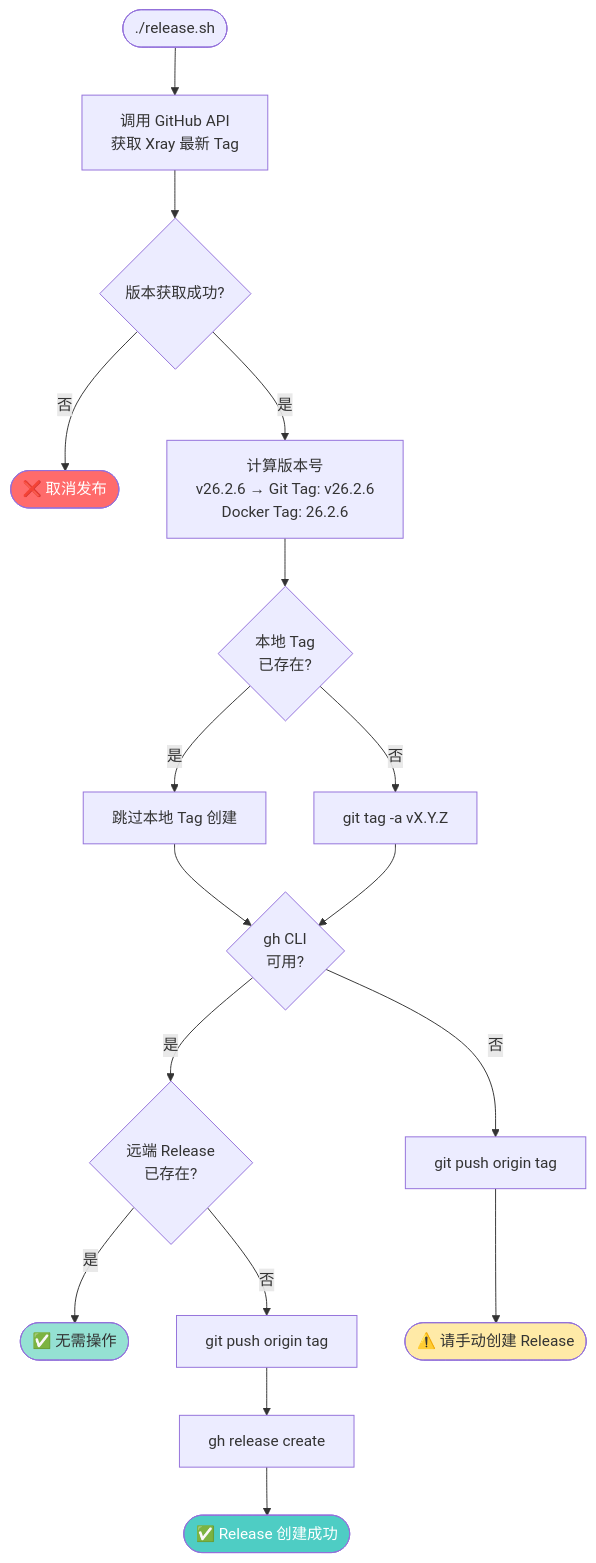
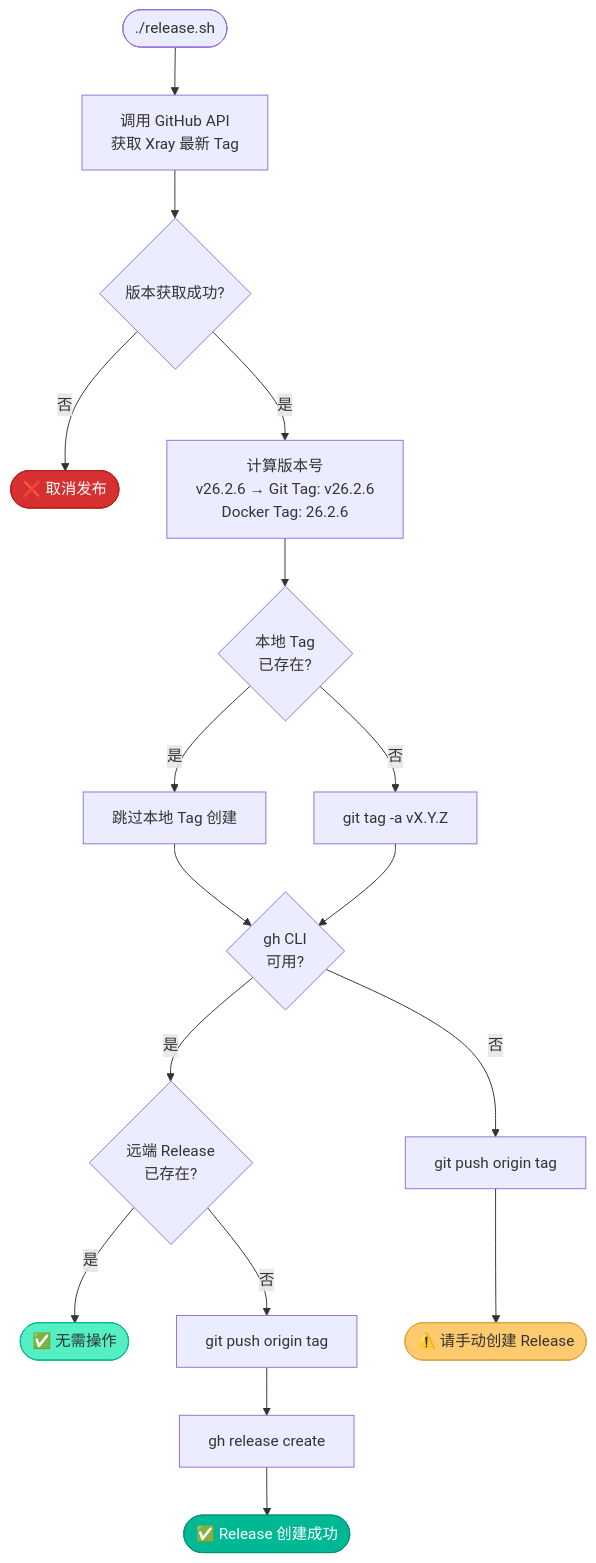
The third of 4 diagrams in docs/05-build-release.md (currycan/sb-xray), drawn with Mermaid before and after one commit. The commit also changed other lines of this file and 5 other files, not shown here.

````diff
--- a/docs/05-build-release.md
+++ b/docs/05-build-release.md
@@ -373,26 +373,26 @@
 ```mermaid
 flowchart TD
     Start(["./release.sh"]) --> Fetch["调用 GitHub API<br/>获取 Xray 最新 Tag"]
     Fetch --> Valid{"版本获取成功?"}
     Valid -- 否 --> Abort(["❌ 取消发布"])
     Valid -- 是 --> CalcTag["计算版本号<br/>v26.2.6 → Git Tag: v26.2.6<br/>Docker Tag: 26.2.6"]
 
     CalcTag --> LocalTag{"本地 Tag<br/>已存在?"}
     LocalTag -- 是 --> SkipTag["跳过本地 Tag 创建"]
     LocalTag -- 否 --> CreateTag["git tag -a vX.Y.Z"]
 
     SkipTag --> GhCli
     CreateTag --> GhCli{"gh CLI<br/>可用?"}
 
     GhCli -- 是 --> RemoteCheck{"远端 Release<br/>已存在?"}
     RemoteCheck -- 是 --> Done(["✅ 无需操作"])
     RemoteCheck -- 否 --> Push1["git push origin tag"] --> CreateRelease["gh release create"]
     CreateRelease --> Done2(["✅ Release 创建成功"])
 
     GhCli -- 否 --> Push2["git push origin tag"] --> Manual(["⚠️ 请手动创建 Release"])
 
-    style Abort fill:#ff6b6b,color:white
-    style Done fill:#95e1d3
-    style Done2 fill:#4ecdc4,color:white
-    style Manual fill:#ffeaa7
+    style Abort fill:#d63031,stroke:#b71c1c,color:#fff
+    style Done fill:#55efc4,stroke:#00b894,color:#333
+    style Done2 fill:#00b894,stroke:#009577,color:#fff
+    style Manual fill:#fdcb6e,stroke:#e0a33e,color:#333
 ```
````
